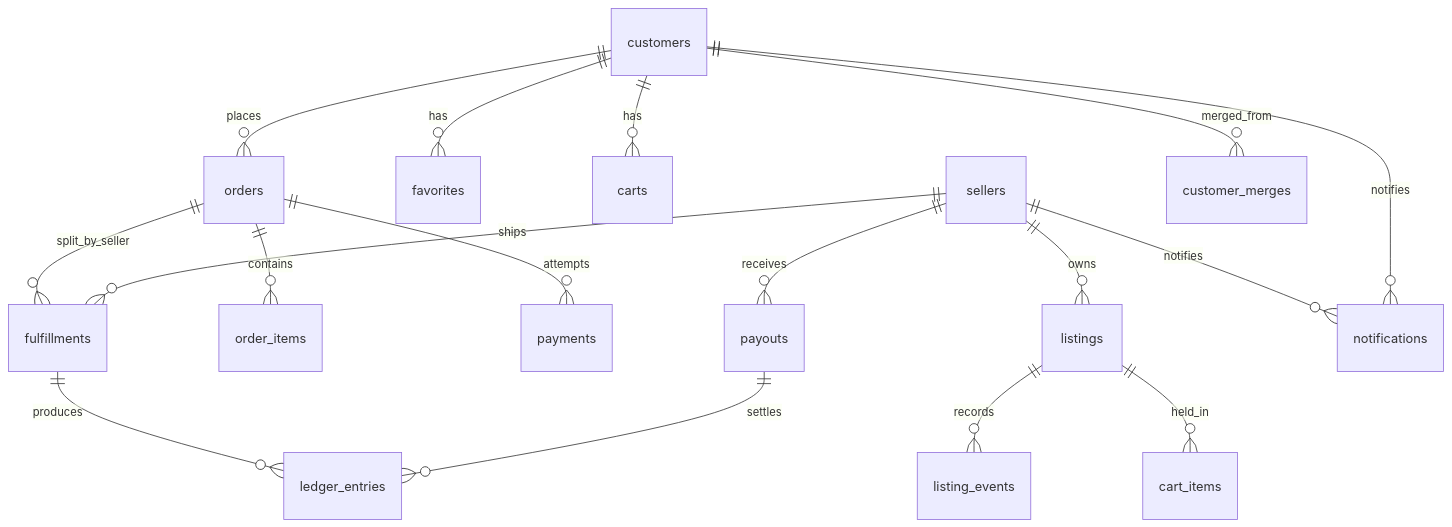
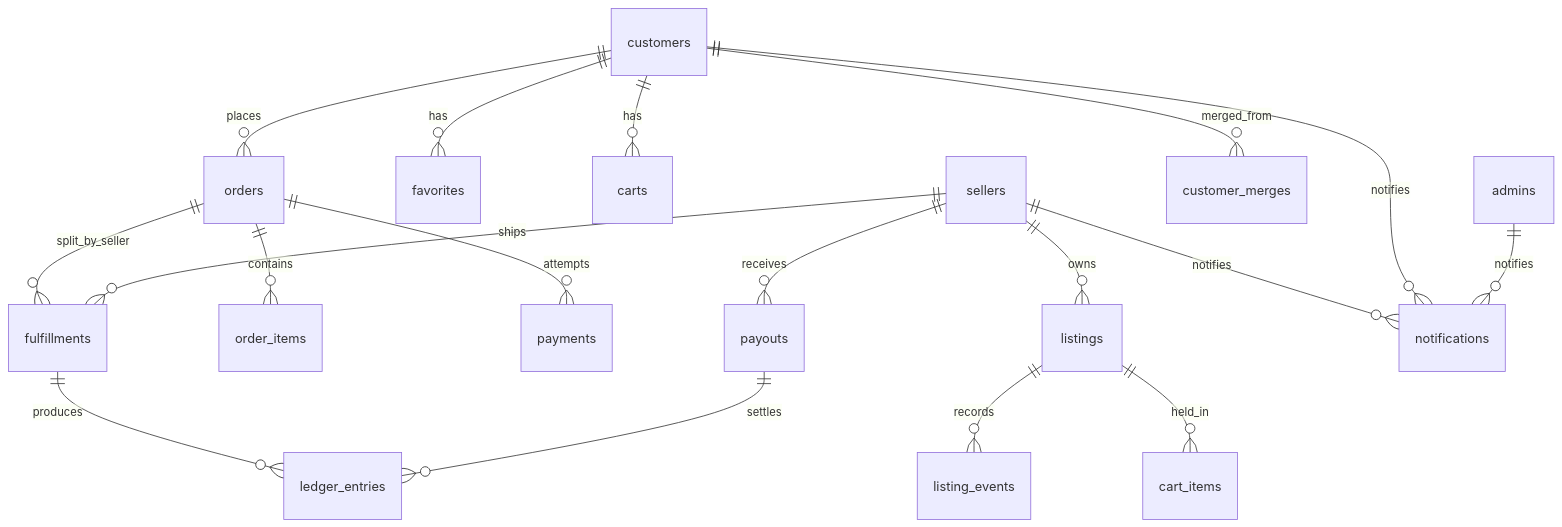
The third of 5 diagrams in prototype/rails/docs/architecture.md (jonathan-beebe/art-store), drawn with Mermaid before and after one commit. The commit also changed other lines of this file and 136 other files, not shown here.

````diff
--- a/prototype/rails/docs/architecture.md
+++ b/prototype/rails/docs/architecture.md
@@ -114,19 +149,20 @@
 ```mermaid
 erDiagram
     sellers ||--o{ listings : owns
     customers ||--o{ favorites : has
     customers ||--o{ carts : has
     customers ||--o{ orders : places
     listings ||--o{ listing_events : records
     listings ||--o{ cart_items : held_in
     orders ||--o{ order_items : contains
     orders ||--o{ payments : attempts
     orders ||--o{ fulfillments : split_by_seller
     sellers ||--o{ fulfillments : ships
     fulfillments ||--o{ ledger_entries : produces
     sellers ||--o{ payouts : receives
     payouts ||--o{ ledger_entries : settles
     customers ||--o{ customer_merges : merged_from
     sellers ||--o{ notifications : notifies
     customers ||--o{ notifications : notifies
+    admins ||--o{ notifications : notifies
 ```
````
